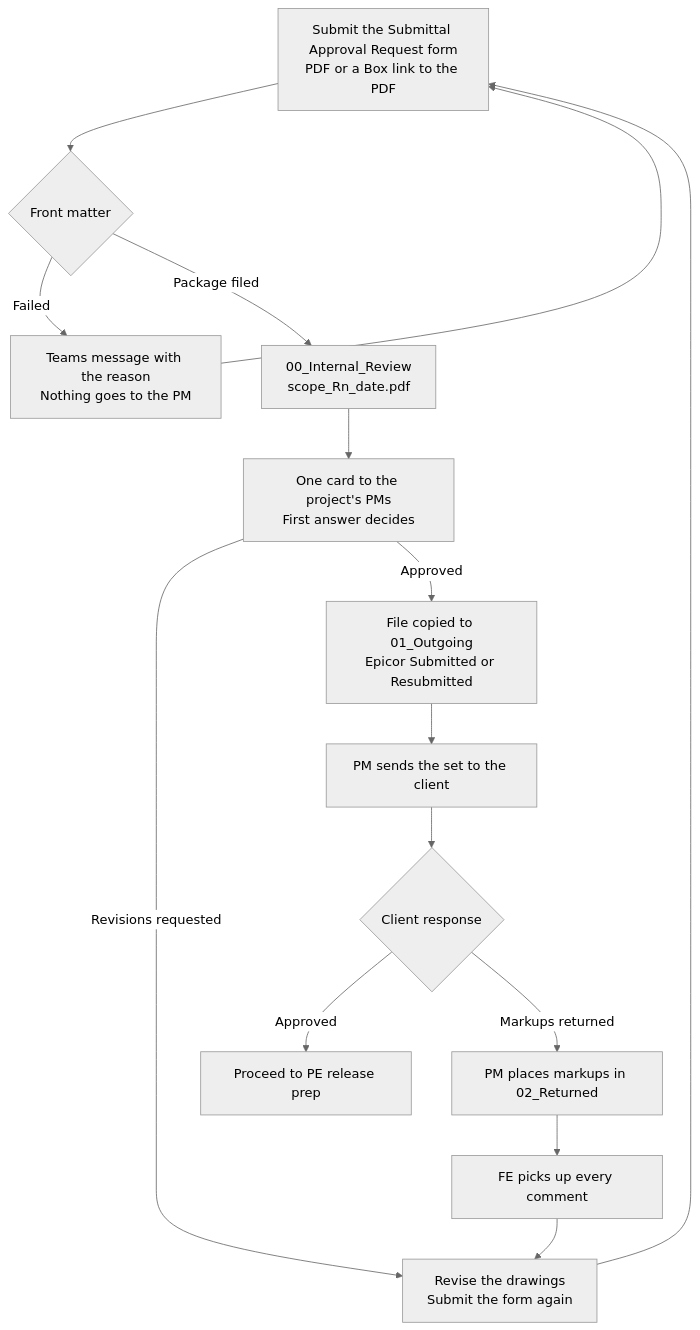
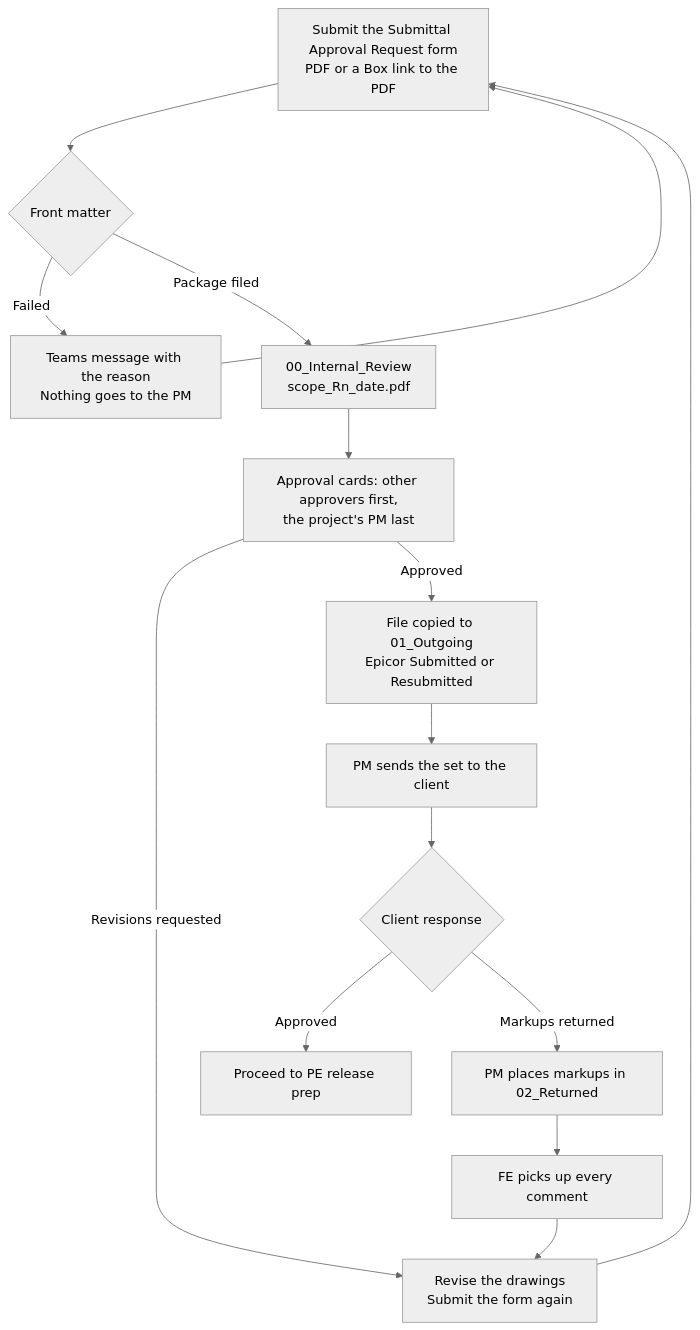
One commit to cwka-engineering/cwka-engineering.github.io changed the diagram in workflows/fabrication-engineer/submittal-review.md. Above: the diagram before and after it, drawn with Mermaid (neutral theme). The commit also changed other lines of this file and 12 other files, not shown here.

````diff
--- a/workflows/fabrication-engineer/submittal-review.md
+++ b/workflows/fabrication-engineer/submittal-review.md
@@ -34,18 +34,18 @@
 ```mermaid
 flowchart TD
   A["Submit the Submittal Approval Request form<br/>PDF or a Box link to the PDF"]
   A --> B{Front matter}
   B -->|Failed| C["Teams message with the reason<br/>Nothing goes to the PM"]
   C --> A
   B -->|Package filed| D["00_Internal_Review<br/>scope_Rn_date.pdf"]
-  D --> E["One card to the project's PMs<br/>First answer decides"]
+  D --> E["Approval cards: other approvers first,<br/>the project's PM last"]
   E -->|Revisions requested| F["Revise the drawings<br/>Submit the form again"]
   F --> A
   E -->|Approved| G["File copied to 01_Outgoing<br/>Epicor Submitted or Resubmitted"]
   G --> H["PM sends the set to the client"]
   H --> I{Client response}
   I -->|Approved| J["Proceed to PE release prep"]
   I -->|Markups returned| K["PM places markups in 02_Returned"]
   K --> L["FE picks up every comment"]
   L --> F
 ```
````
